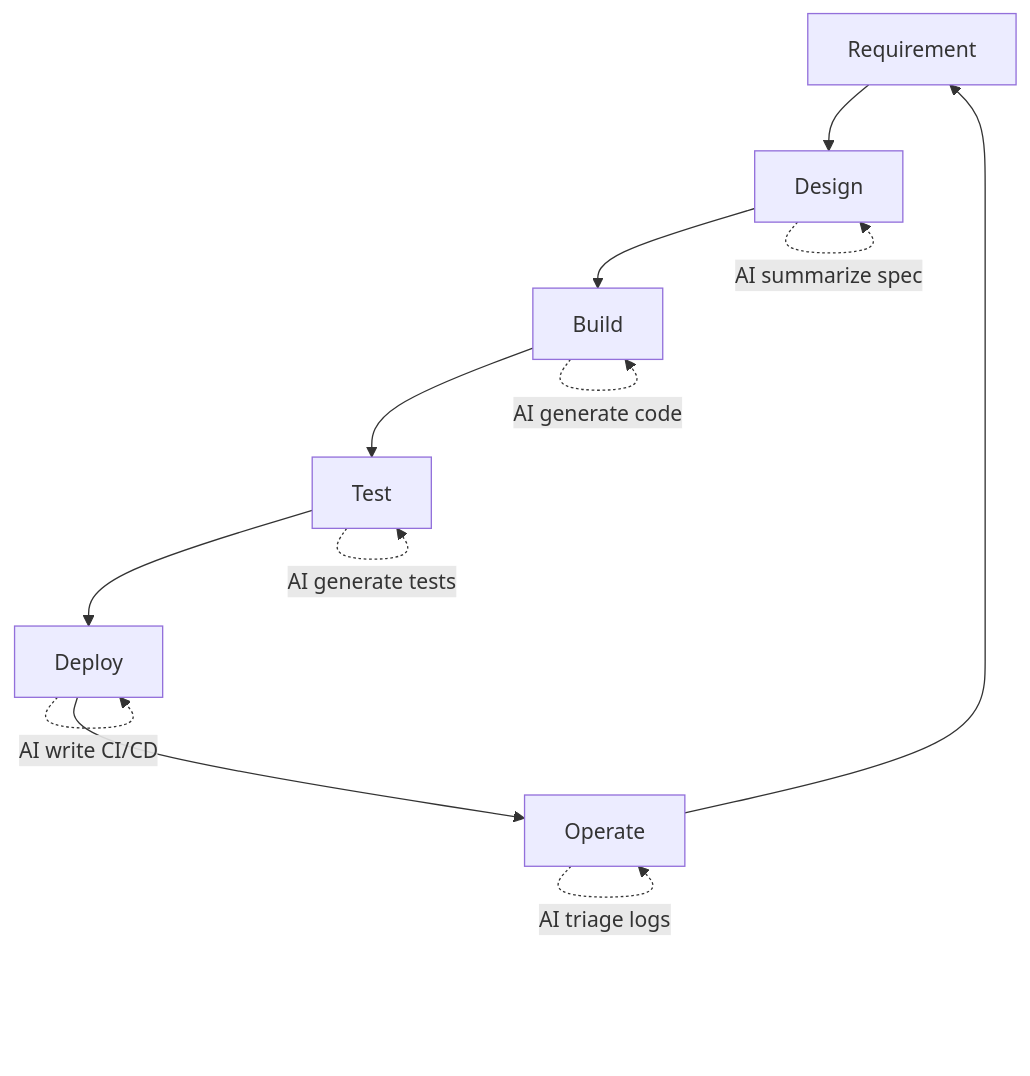
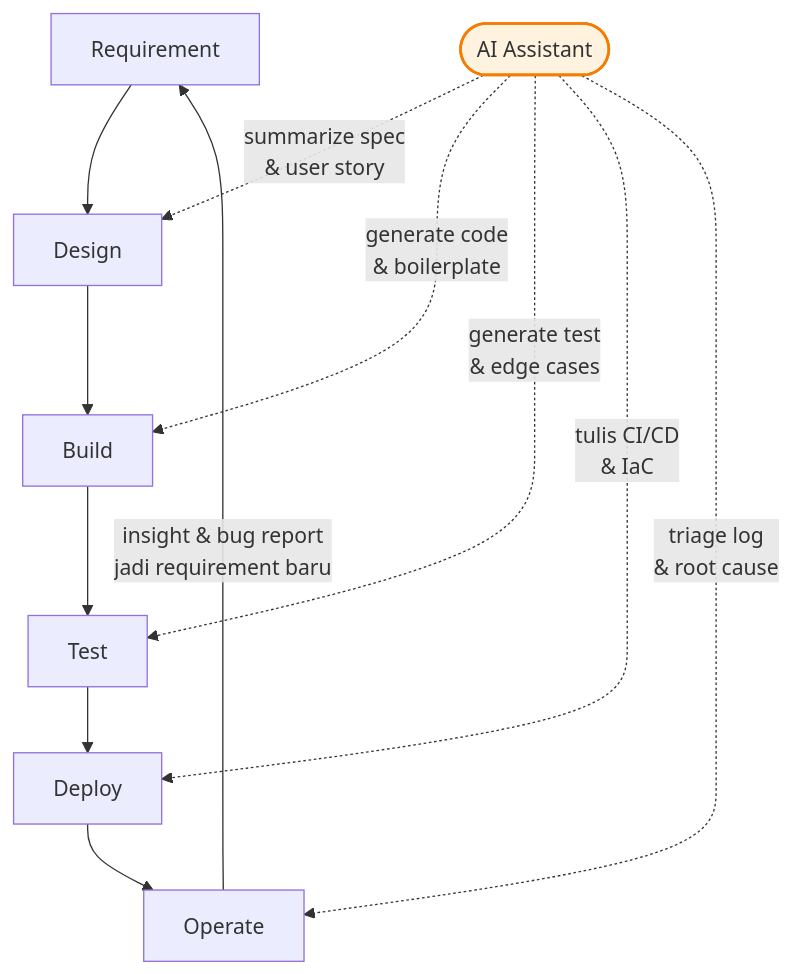
One commit to githubna-ilham/AI_Cursor changed the second of 2 diagrams in Hari-1-Fundamental-DevNotes/Sesi-01-Introduction-AI-Coding/materi.md. Above: the diagram before and after it, drawn with Mermaid.

Commit message:
fix(sesi-01): perbaiki mermaid flow Peran AI di SDLC
- Hilangkan self-loop dashed (B -.-> B) yang visually berantakan
- Pisahkan node "AI Assistant" sebagai sumber tunggal, dengan dashed edge
  ke setiap tahap SDLC yang dia bantu
- Tambah label di edge F -> A supaya feedback loop lebih jelas
- Pendek-padatkan deskripsi tiap peran AI di label edge

````diff
--- a/Hari-1-Fundamental-DevNotes/Sesi-01-Introduction-AI-Coding/materi.md
+++ b/Hari-1-Fundamental-DevNotes/Sesi-01-Introduction-AI-Coding/materi.md
@@ -71,15 +71,18 @@
 ```mermaid
 flowchart TD
     A[Requirement] --> B[Design]
     B --> C[Build]
     C --> D[Test]
     D --> E[Deploy]
     E --> F[Operate]
-    F --> A
+    F -->|insight & bug report<br/>jadi requirement baru| A
 
-    B -. AI summarize spec .-> B
-    C -. AI generate code .-> C
-    D -. AI generate tests .-> D
-    E -. AI write CI/CD .-> E
-    F -. AI triage logs .-> F
+    AI(["AI Assistant"])
+    AI -. summarize spec<br/>& user story .-> B
+    AI -. generate code<br/>& boilerplate .-> C
+    AI -. generate test<br/>& edge cases .-> D
+    AI -. tulis CI/CD<br/>& IaC .-> E
+    AI -. triage log<br/>& root cause .-> F
+
+    style AI fill:#fff3e0,stroke:#f57c00,stroke-width:2px
 ```
````
